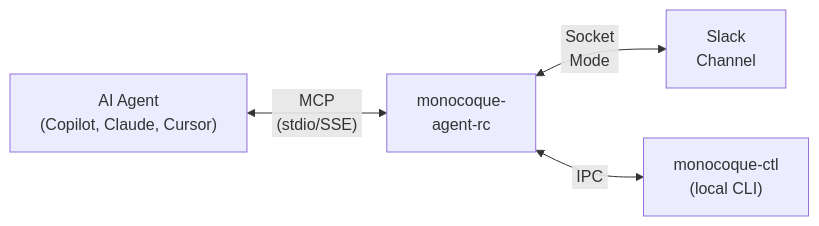
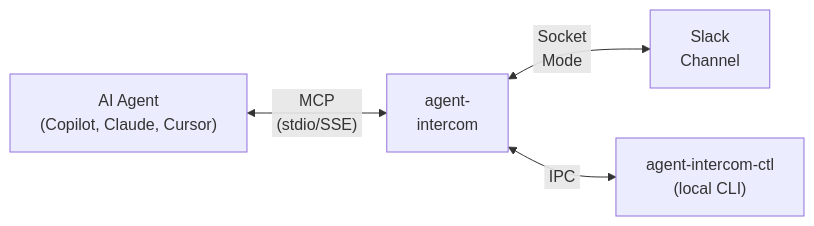
Before and after one commit to softwaresalt/agent-intercom: the diagram in README.md, drawn with Mermaid. The commit also changed other lines of this file and 9 other files, not shown here.

````diff
--- a/README.md
+++ b/README.md
@@ -9,6 +9,6 @@
 ```mermaid
 flowchart LR
-    Agent["AI Agent<br/>(Copilot, Claude, Cursor)"] <-->|"MCP<br/>&nbsp;(stdio/SSE)&nbsp;"| Server["monocoque-<br/>agent-rc"]
+    Agent["AI Agent<br/>(Copilot, Claude, Cursor)"] <-->|"MCP<br/>&nbsp;(stdio/SSE)&nbsp;"| Server["agent-<br/>intercom"]
     Server <-->|"&nbsp;Socket&nbsp;<br/>&nbsp;Mode&nbsp;"| Slack["Slack<br/>Channel"]
-    Server <-->|"&nbsp;IPC&nbsp;"| Ctl["monocoque-ctl<br/>(local CLI)"]
+    Server <-->|"&nbsp;IPC&nbsp;"| Ctl["agent-intercom-ctl<br/>(local CLI)"]
 ```
````
